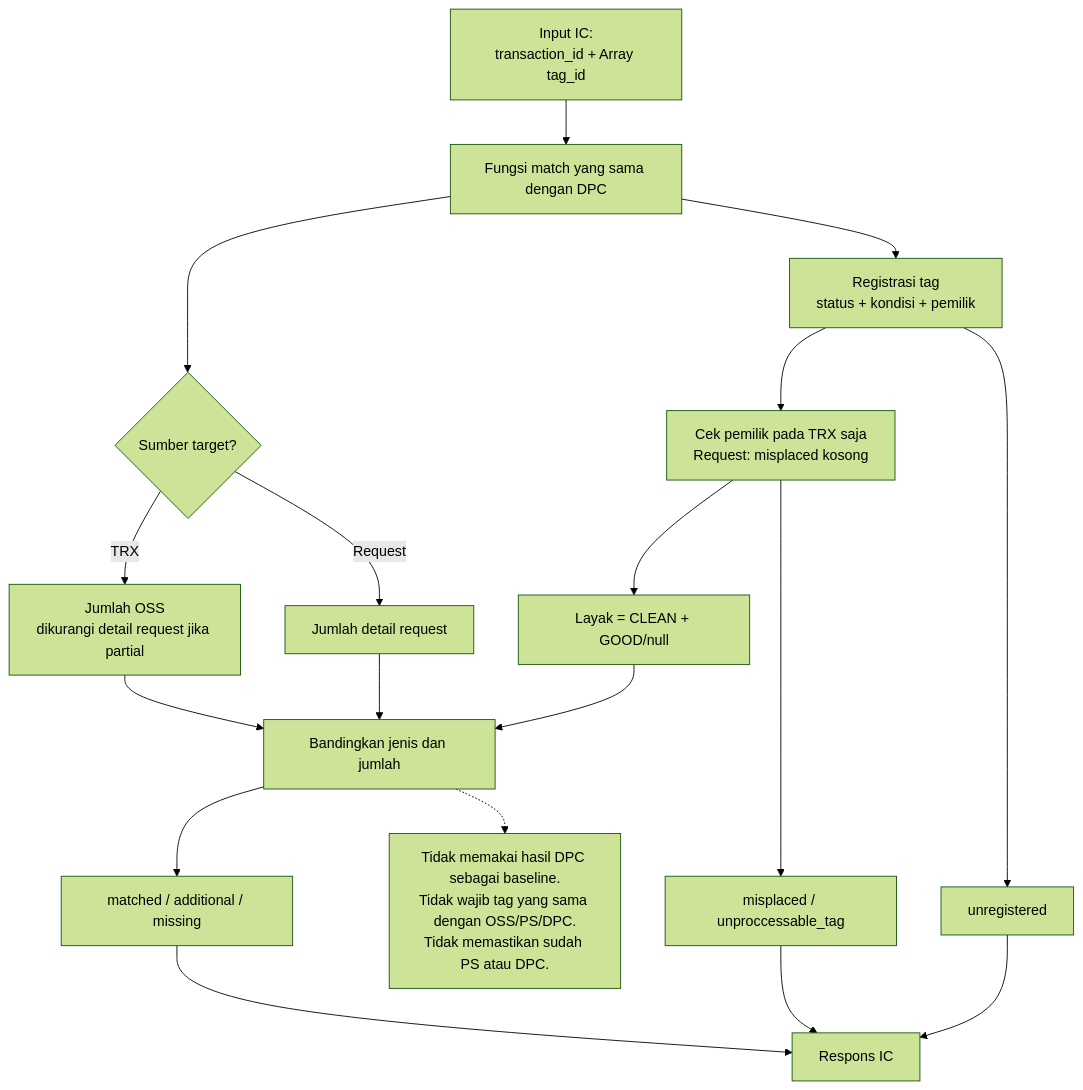
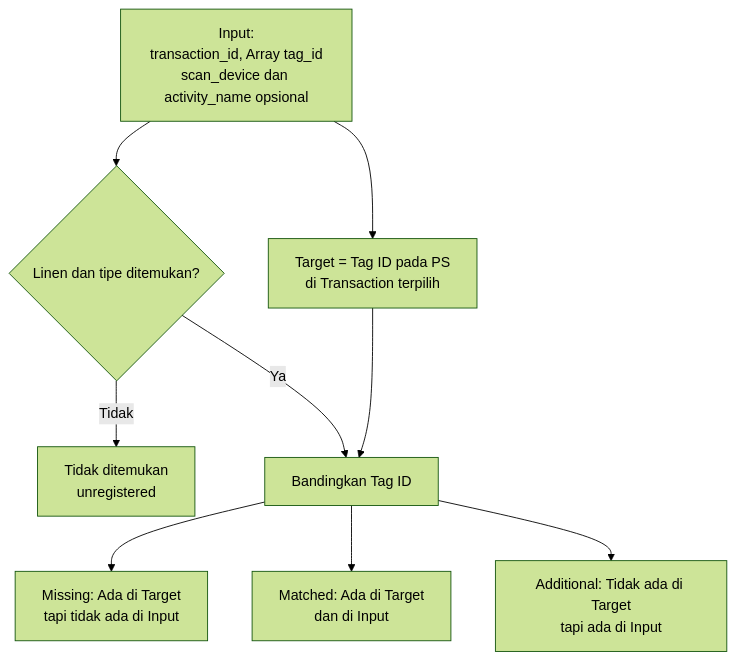
Before and after one commit to bagaskrmn/bac-flow-laundry: the second of 3 diagrams in laundry-activities/incoming-clean.md, drawn with Mermaid (forest theme). The commit also changed other lines of this file and 3 other files, not shown here.

````diff
--- a/laundry-activities/incoming-clean.md
+++ b/laundry-activities/incoming-clean.md
@@ -3,24 +11,15 @@
 ```mermaid
 flowchart TD
-    N_IN["Input IC:<br/>transaction_id + Array tag_id"]
-    N_IN --> N_SHARED["Fungsi match yang sama dengan DPC"]
-    N_SHARED --> N_SOURCE{"Sumber target?"}
-    N_SOURCE -->|TRX| N_OSS["Jumlah OSS<br/>dikurangi detail request jika partial"]
-    N_SOURCE -->|Request| N_REQ["Jumlah detail request"]
+    N_IN["Input:<br/>transaction_id, Array tag_id<br/>scan_device dan activity_name opsional"]
+    N_IN --> N_MASTER{"Linen dan tipe ditemukan?"}
+    N_MASTER -->|Tidak| N_UNREG["Tidak ditemukan<br/>unregistered"]
 
-    N_SHARED --> N_MASTER["Registrasi tag<br/>status + kondisi + pemilik"]
-    N_MASTER --> N_OWNER["Cek pemilik pada TRX saja<br/>Request: misplaced kosong"]
-    N_OWNER --> N_GOOD["Layak = CLEAN + GOOD/null"]
-    N_OWNER --> N_OTHER["misplaced / unproccessable_tag"]
-    N_MASTER --> N_UNREG["unregistered"]
+    N_IN --> N_OSS["Target = Tag ID pada PS<br/>di Transaction terpilih"]
+    N_MASTER -->|Ya| N_COMP["Bandingkan Tag ID"]
+    N_OSS --> N_COMP
 
-    N_OSS --> N_COMP["Bandingkan jenis dan jumlah"]
-    N_REQ --> N_COMP
-    N_GOOD --> N_COMP
-    N_COMP --> N_RES["matched / additional / missing"]
-    N_OTHER --> N_OUT["Respons IC"]
-    N_UNREG --> N_OUT
-    N_RES --> N_OUT
+    N_COMP -->N_MS["Missing: Ada di Target<br/>tapi tidak ada di Input"]
+    N_COMP -->N_MATCH["Matched: Ada di Target<br/>dan di Input"]
+    N_COMP -->N_ADD["Additional: Tidak ada di Target<br/>tapi ada di Input"]
 
-    N_COMP -.-> N_NOTE["Tidak memakai hasil DPC sebagai baseline.<br/>Tidak wajib tag yang sama dengan OSS/PS/DPC.<br/>Tidak memastikan sudah PS atau DPC."]
 ```
````
